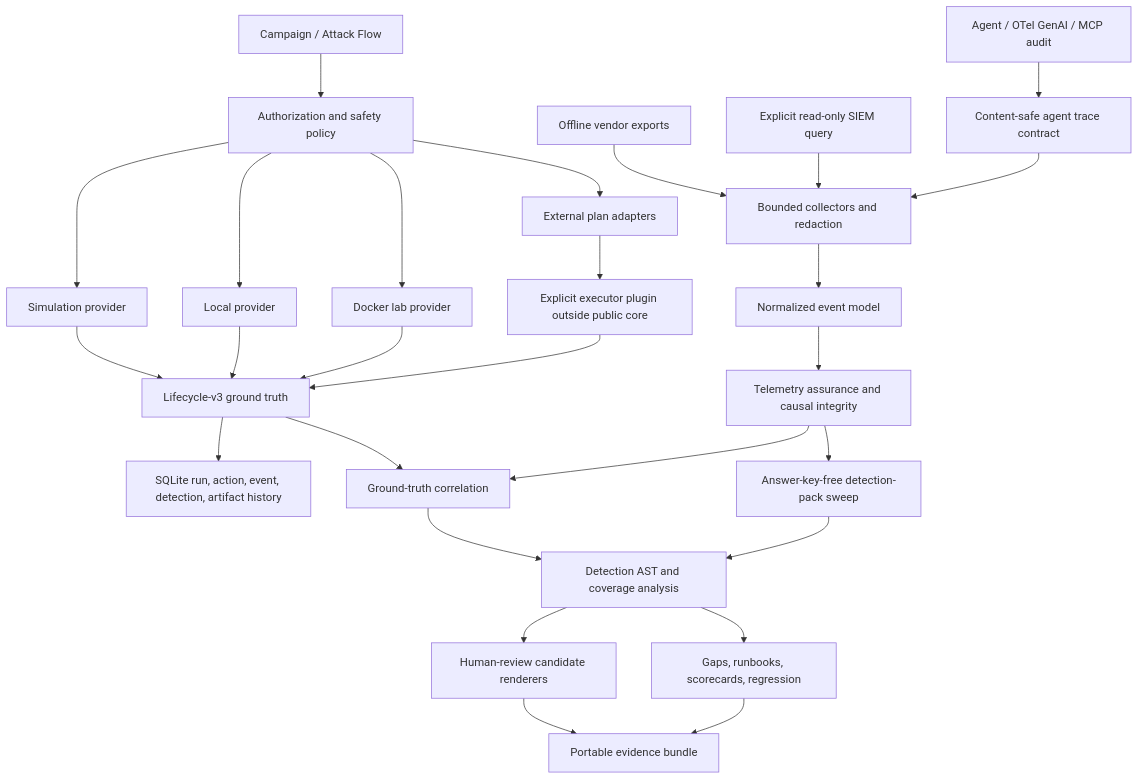
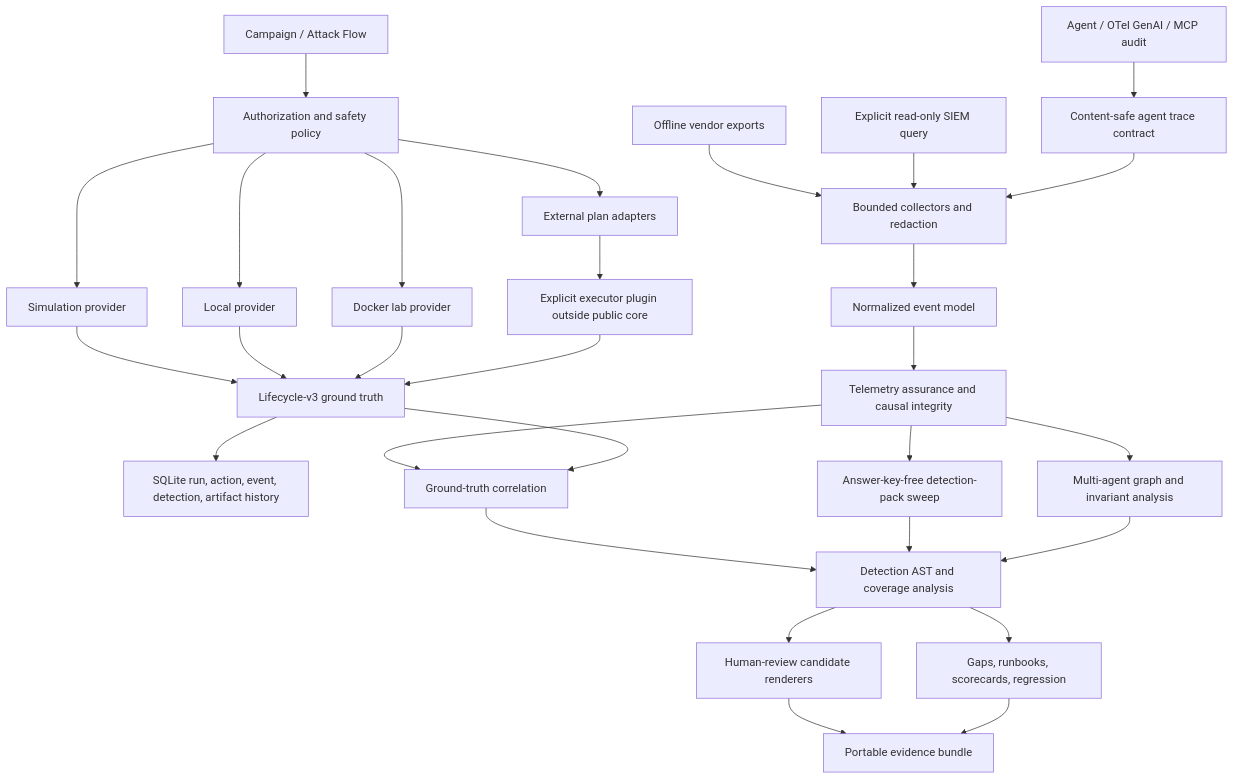
The diagram in ARCHITECTURE.md (hellnbak/AgentSim), drawn with Mermaid before and after one commit. The commit also changed other lines of this file and 45 other files, not shown here.

Commit message:
Release v1.4.0 multi-agent investigation

````diff
--- a/ARCHITECTURE.md
+++ b/ARCHITECTURE.md
@@ -7,29 +7,31 @@
 ```mermaid
 flowchart TD
     Campaign["Campaign / Attack Flow"] --> Policy["Authorization and safety policy"]
     Policy --> Sim["Simulation provider"]
     Policy --> Local["Local provider"]
     Policy --> Docker["Docker lab provider"]
     Policy --> Plan["External plan adapters"]
     Plan --> Plugin["Explicit executor plugin outside public core"]
     Sim --> Timeline["Lifecycle-v3 ground truth"]
     Local --> Timeline
     Docker --> Timeline
     Plugin --> Timeline
     Timeline --> Store["SQLite run, action, event, detection, artifact history"]
     Export["Offline vendor exports"] --> Collect["Bounded collectors and redaction"]
     Live["Explicit read-only SIEM query"] --> Collect
     Runtime["Agent / OTel GenAI / MCP audit"] --> Contract["Content-safe agent trace contract"]
     Contract --> Collect
     Collect --> Normalize["Normalized event model"]
     Normalize --> Assure["Telemetry assurance and causal integrity"]
+    Assure --> Investigate["Multi-agent graph and invariant analysis"]
     Assure --> Correlate["Ground-truth correlation"]
     Assure --> Sweep["Answer-key-free detection-pack sweep"]
     Timeline --> Correlate
     Correlate --> Detect["Detection AST and coverage analysis"]
     Sweep --> Detect
+    Investigate --> Detect
     Detect --> Candidate["Human-review candidate renderers"]
     Detect --> Defense["Gaps, runbooks, scorecards, regression"]
     Candidate --> Bundle["Portable evidence bundle"]
     Defense --> Bundle
 ```
````
